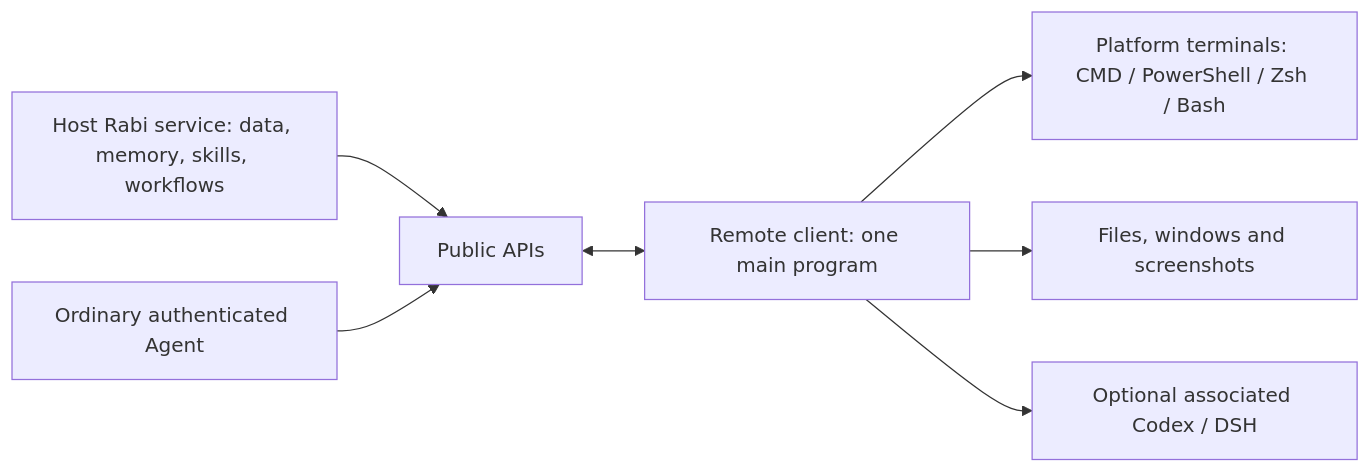
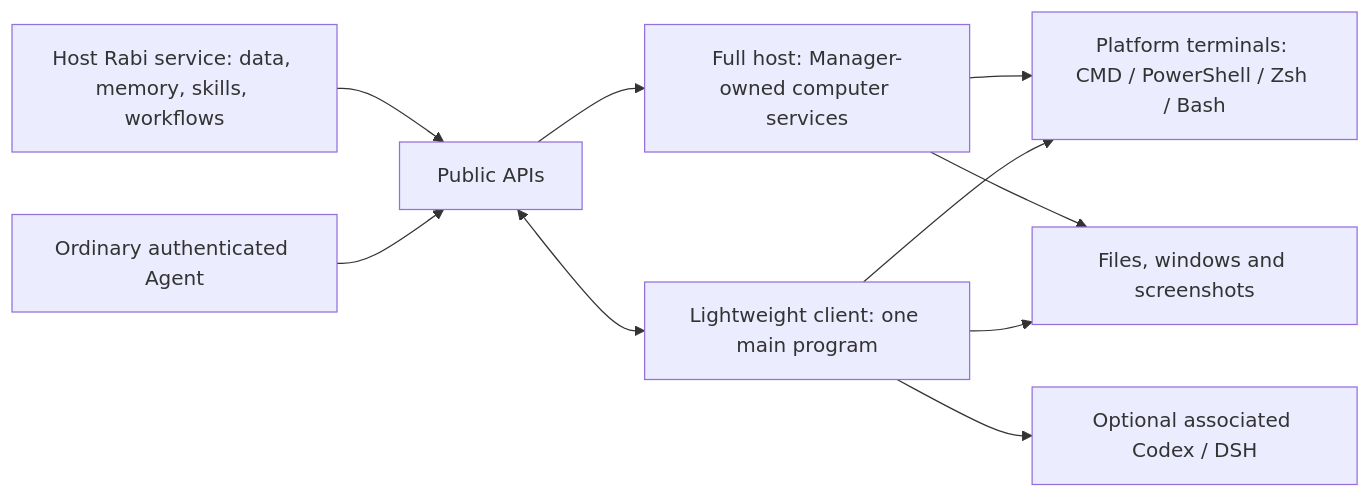
Before and after one commit to vb2250158/RabiRoute: the diagram in docs/remote-computer-client_en.md, drawn with Mermaid. The commit also changed other lines of this file and 463 other files, not shown here.

````diff
--- a/docs/remote-computer-client_en.md
+++ b/docs/remote-computer-client_en.md
@@ -11,9 +13,12 @@
 ```mermaid
 flowchart LR
   A[Host Rabi service: data, memory, skills, workflows] --> C[Public APIs]
   B[Ordinary authenticated Agent] --> C
-  C <--> D[Remote client: one main program]
+  C --> H[Full host: Manager-owned computer services]
+  C <--> D[Lightweight client: one main program]
+  H --> E
+  H --> F
   D --> E[Platform terminals: CMD / PowerShell / Zsh / Bash]
   D --> F[Files, windows and screenshots]
   D --> G[Optional associated Codex / DSH]
 ```
````
